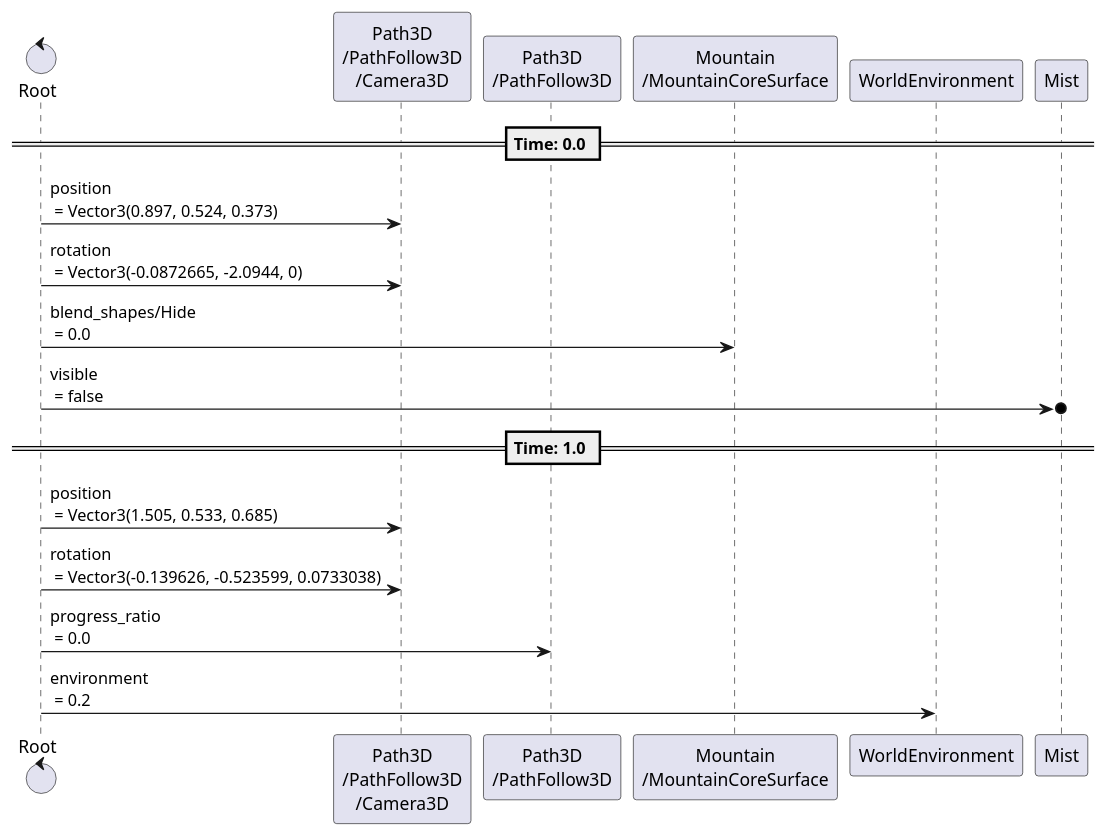
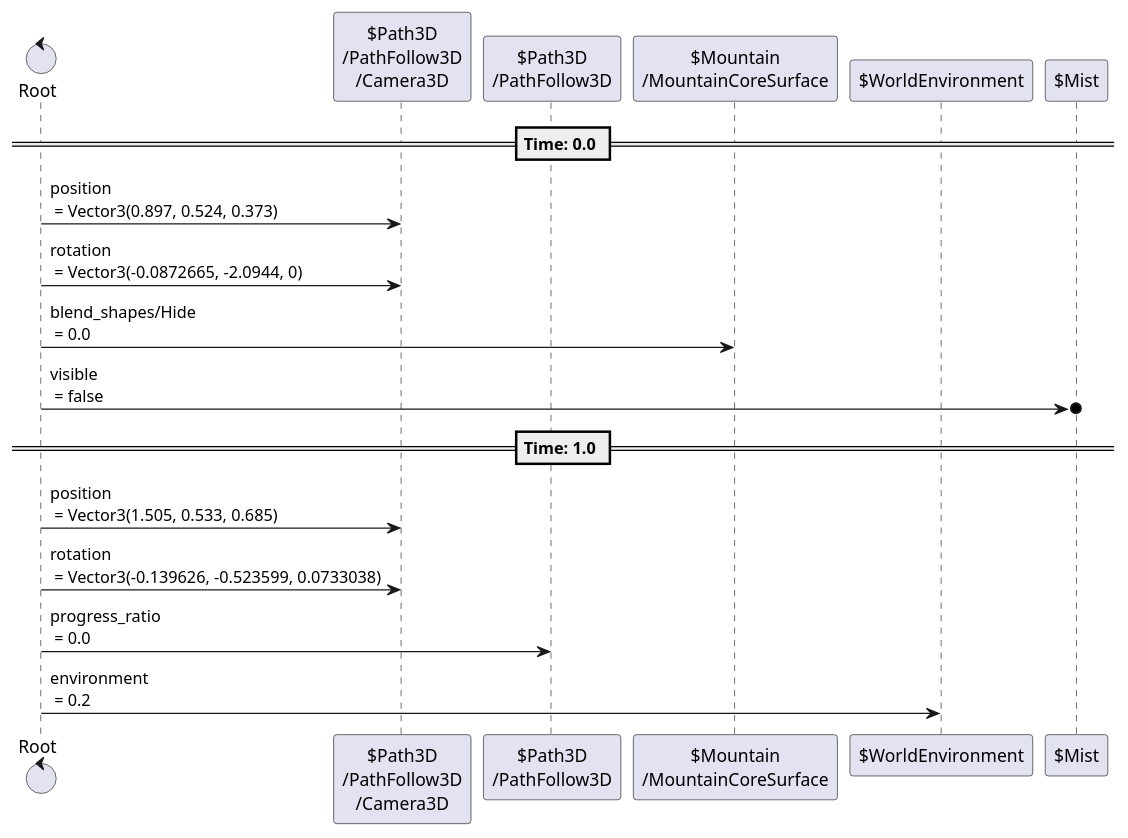
The tenth of 23 diagrams in content/scenes/src/world/world.tscn.adoc (tkmfujise/Platformer-Game-Learning), drawn with PlantUML before and after one commit. The commit also changed other lines of this file and 31 other files, not shown here.

Commit message:
Add prefix $ to node name in animation sequences

```diff
--- a/content/scenes/src/world/world.tscn.adoc
+++ b/content/scenes/src/world/world.tscn.adoc
@@ -334,24 +334,24 @@
 [plantuml]
 ....
-control "Root" as Root
-participant "Path3D\n/PathFollow3D\n/Camera3D" as T0
-participant "Path3D\n/PathFollow3D" as T2
-participant "Mountain\n/MountainCoreSurface" as T3
-participant "WorldEnvironment" as T4
-participant "Mist" as T5
+control "Root" as R
+participant "$Path3D\n/PathFollow3D\n/Camera3D" as T0
+participant "$Path3D\n/PathFollow3D" as T2
+participant "$Mountain\n/MountainCoreSurface" as T3
+participant "$WorldEnvironment" as T4
+participant "$Mist" as T5
 
 
 
 == Time: 0.0 ==
-Root  ->  T0 : position\n = Vector3(0.897, 0.524, 0.373)
-Root  ->  T0 : rotation\n = Vector3(-0.0872665, -2.0944, 0)
-Root  ->  T3 : blend_shapes/Hide\n = 0.0
-Root  ->o  T5 : visible\n = false
+R  ->  T0 : position\n = Vector3(0.897, 0.524, 0.373)
+R  ->  T0 : rotation\n = Vector3(-0.0872665, -2.0944, 0)
+R  ->  T3 : blend_shapes/Hide\n = 0.0
+R  ->o  T5 : visible\n = false
 == Time: 1.0 ==
-Root  ->  T0 : position\n = Vector3(1.505, 0.533, 0.685)
-Root  ->  T0 : rotation\n = Vector3(-0.139626, -0.523599, 0.0733038)
-Root  ->  T2 : progress_ratio\n = 0.0
-Root  ->  T4 : environment\n = 0.2
+R  ->  T0 : position\n = Vector3(1.505, 0.533, 0.685)
+R  ->  T0 : rotation\n = Vector3(-0.139626, -0.523599, 0.0733038)
+R  ->  T2 : progress_ratio\n = 0.0
+R  ->  T4 : environment\n = 0.2
 
 
 ....
```
